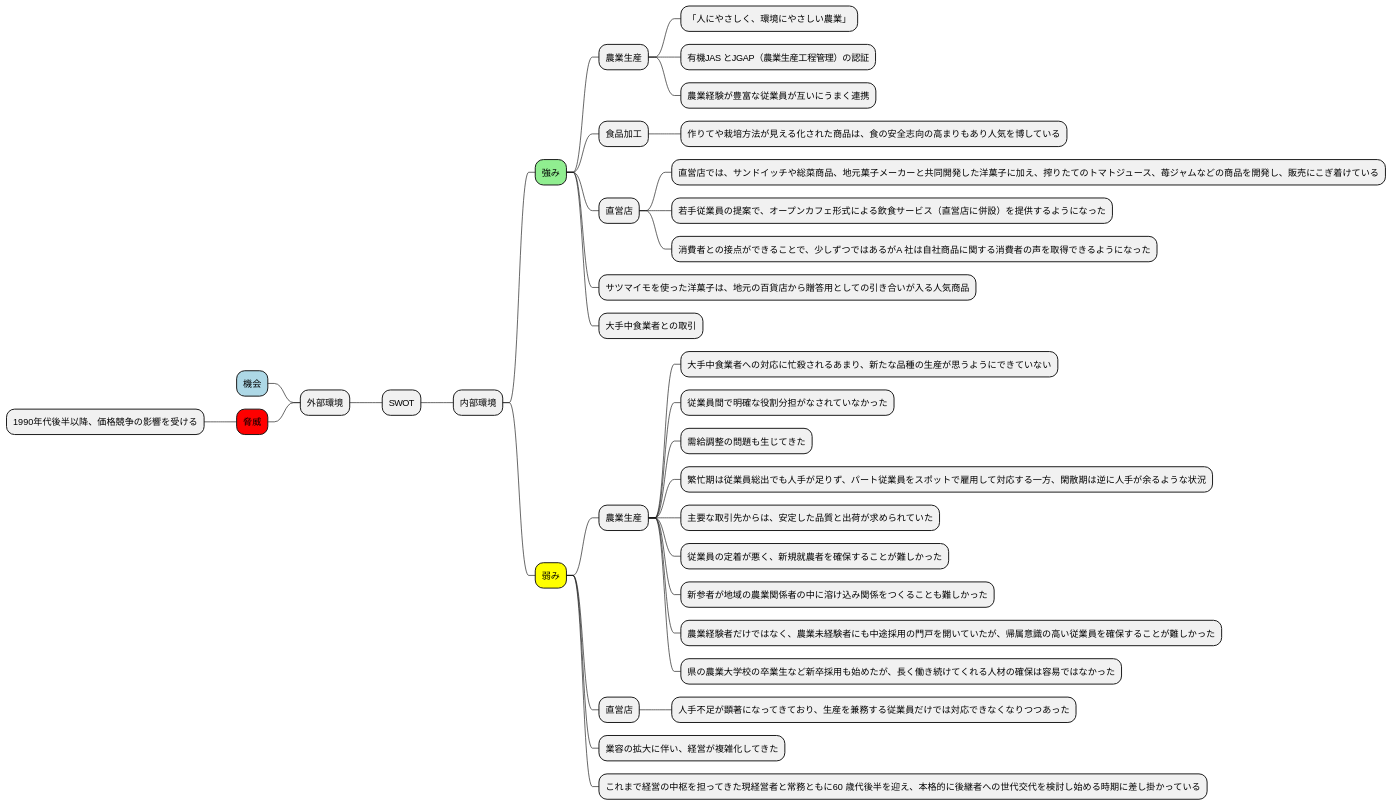
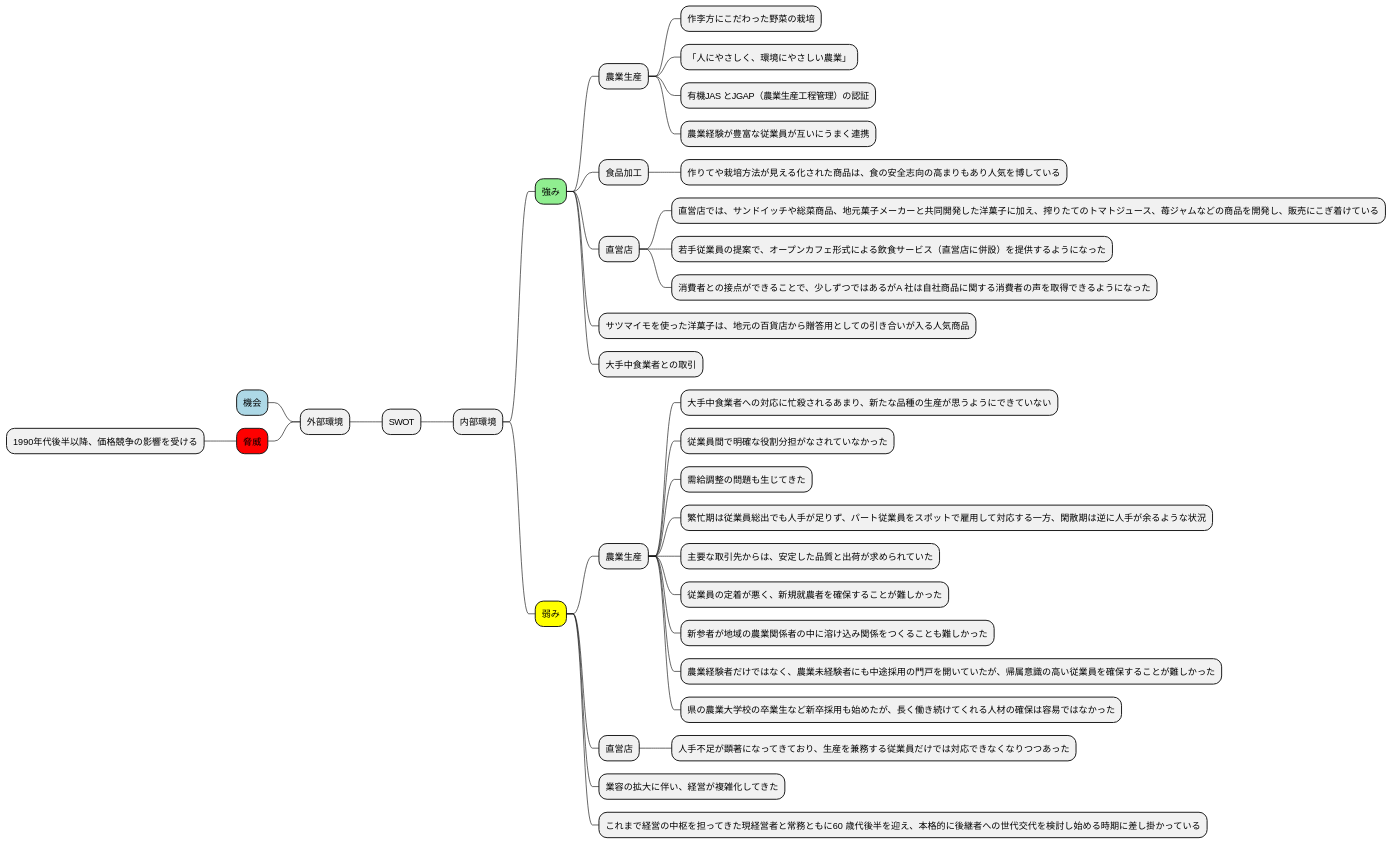
One commit to k2works/case-sutudy-business-analysis changed the third of 16 diagrams in docs/case/r04_case_1.adoc. Above: the diagram before and after it, drawn with PlantUML. The commit also changed other lines of this file and 1 other file, not shown here.

```diff
--- a/docs/case/r04_case_1.adoc
+++ b/docs/case/r04_case_1.adoc
@@ -148,39 +149,40 @@
 [plantuml]
 ----
 @startmindmap
 * SWOT
 -- 外部環境
 ---[#lightblue] 機会
 ---[#red] 脅威
 ---- 1990年代後半以降、価格競争の影響を受ける
 ** 内部環境
 ***[#lightgreen] 強み
 **** 農業生産
+***** 作李方にこだわった野菜の栽培
 ***** 「人にやさしく、環境にやさしい農業」
 ***** 有機JAS とJGAP（農業生産工程管理）の認証
 ***** 農業経験が豊富な従業員が互いにうまく連携
 **** 食品加工
 ***** 作りてや栽培方法が見える化された商品は、食の安全志向の高まりもあり人気を博している
 **** 直営店
 ***** 直営店では、サンドイッチや総菜商品、地元菓子メーカーと共同開発した洋菓子に加え、搾りたてのトマトジュース、苺ジャムなどの商品を開発し、販売にこぎ着けている
 ***** 若手従業員の提案で、オープンカフェ形式による飲食サービス（直営店に併設）を提供するようになった
 ***** 消費者との接点ができることで、少しずつではあるがA 社は自社商品に関する消費者の声を取得できるようになった
 **** サツマイモを使った洋菓子は、地元の百貨店から贈答用としての引き合いが入る人気商品
 **** 大手中食業者との取引
 ***[#yellow] 弱み
 **** 農業生産
 ***** 大手中食業者への対応に忙殺されるあまり、新たな品種の生産が思うようにできていない
 ***** 従業員間で明確な役割分担がなされていなかった
 ***** 需給調整の問題も生じてきた
 ***** 繁忙期は従業員総出でも人手が足りず、パート従業員をスポットで雇用して対応する一方、閑散期は逆に人手が余るような状況
 ***** 主要な取引先からは、安定した品質と出荷が求められていた
 ***** 従業員の定着が悪く、新規就農者を確保することが難しかった
 ***** 新参者が地域の農業関係者の中に溶け込み関係をつくることも難しかった
 ***** 農業経験者だけではなく、農業未経験者にも中途採用の門戸を開いていたが、帰属意識の高い従業員を確保することが難しかった
 ***** 県の農業大学校の卒業生など新卒採用も始めたが、長く働き続けてくれる人材の確保は容易ではなかった
 **** 直営店
 ***** 人手不足が顕著になってきており、生産を兼務する従業員だけでは対応できなくなりつつあった
 **** 業容の拡大に伴い、経営が複雑化してきた
 **** これまで経営の中枢を担ってきた現経営者と常務ともに60 歳代後半を迎え、本格的に後継者への世代交代を検討し始める時期に差し掛かっている
 @endmindmap
 ----
```
